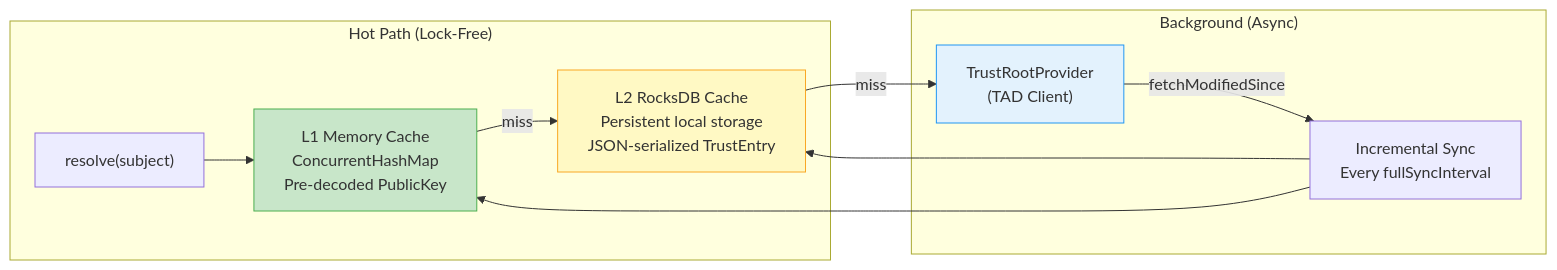
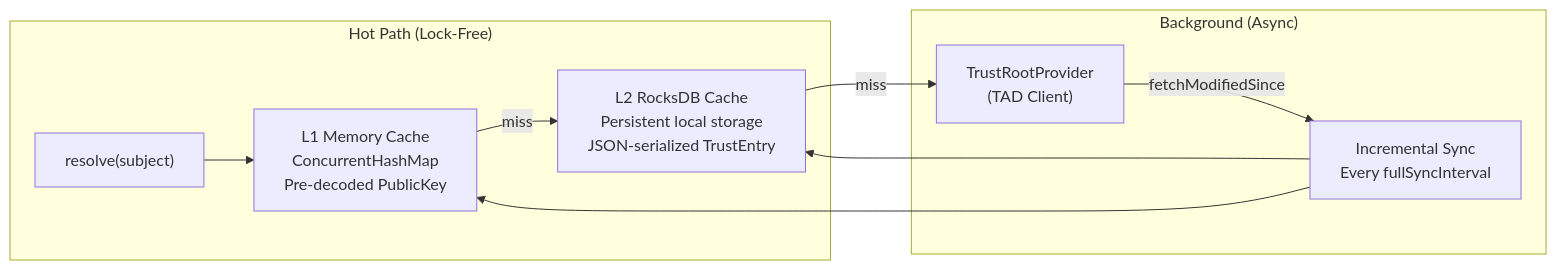
The first of 3 diagrams in docs/docs/modules/veridot-trustroots/core.md (cyfko/veridot), drawn with Mermaid before and after one commit. The commit also changed other lines of this file and 25 other files, not shown here.

First line of the commit message:
style: remove colorful fill styles from Mermaid diagrams

````diff
--- a/docs/docs/modules/veridot-trustroots/core.md
+++ b/docs/docs/modules/veridot-trustroots/core.md
@@ -22,18 +22,15 @@
 ```mermaid
 graph LR
     subgraph "Hot Path (Lock-Free)"
         Resolve["resolve(subject)"] --> L1["L1 Memory Cache<br/>ConcurrentHashMap<br/>Pre-decoded PublicKey"]
         L1 -->|miss| L2["L2 RocksDB Cache<br/>Persistent local storage<br/>JSON-serialized TrustEntry"]
     end
 
     subgraph "Background (Async)"
         L2 -->|miss| Provider["TrustRootProvider<br/>(TAD Client)"]
         Provider -->|fetchModifiedSince| Sync["Incremental Sync<br/>Every fullSyncInterval"]
         Sync --> L2
         Sync --> L1
     end
 
-    style L1 fill:#c8e6c9,stroke:#4caf50
-    style L2 fill:#fff9c4,stroke:#f9a825
-    style Provider fill:#e3f2fd,stroke:#2196f3
 ```
````
